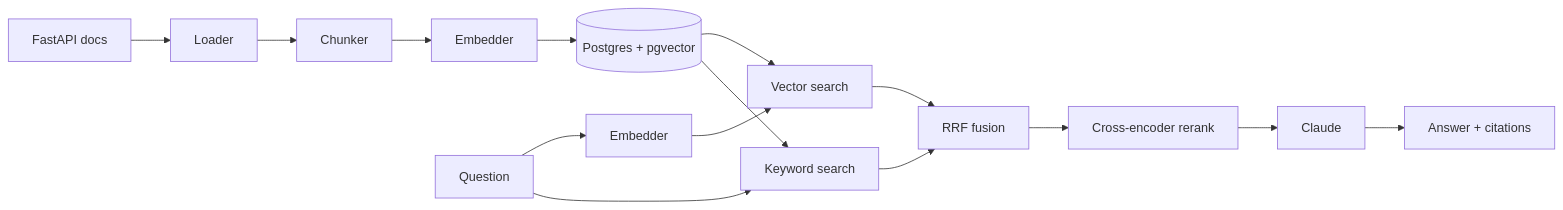
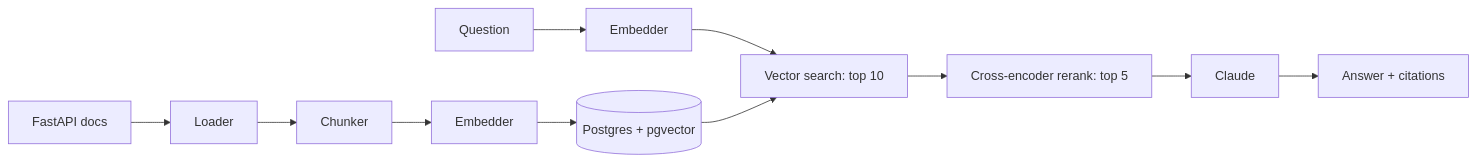
Before and after one commit to idosi/rag-in-production: the diagram in README.md, drawn with Mermaid. The commit also changed other lines of this file, not shown here.

First line of the commit message:
README: lead with measured results, show the default pipeline, fix stale roadmap lines

````diff
--- a/README.md
+++ b/README.md
@@ -7,9 +7,7 @@
 ```mermaid
 flowchart LR
   A[FastAPI docs] --> B[Loader] --> C[Chunker] --> D[Embedder] --> E[(Postgres + pgvector)]
-  Q[Question] --> QE[Embedder] --> S[Vector search] --> F[RRF fusion]
-  Q --> K[Keyword search] --> F
-  F --> X[Cross-encoder rerank] --> G[Claude] --> R[Answer + citations]
+  Q[Question] --> QE[Embedder] --> S[Vector search: top 10]
   E --> S
-  E --> K
+  S --> X[Cross-encoder rerank: top 5] --> G[Claude] --> R[Answer + citations]
 ```
````
